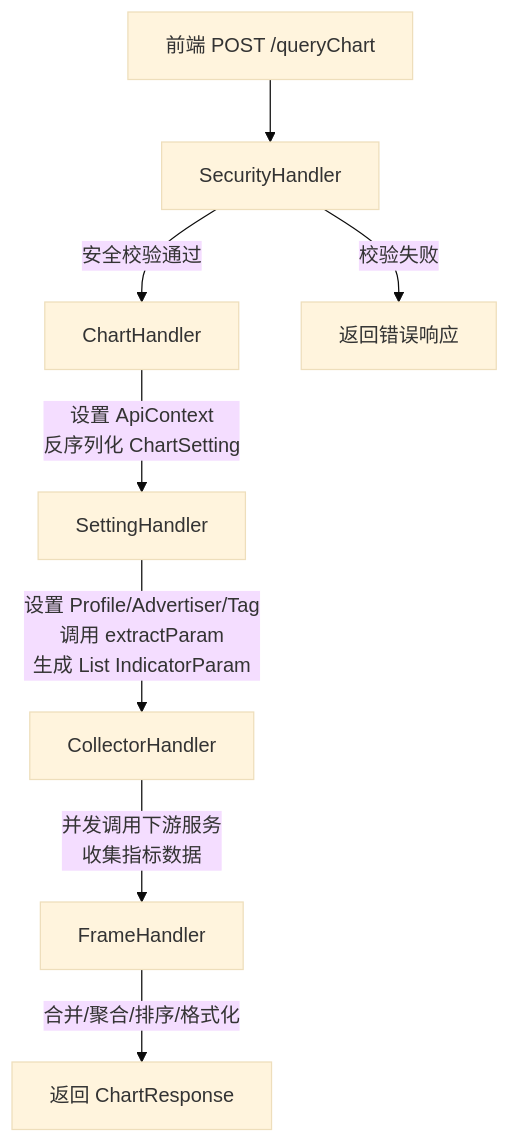
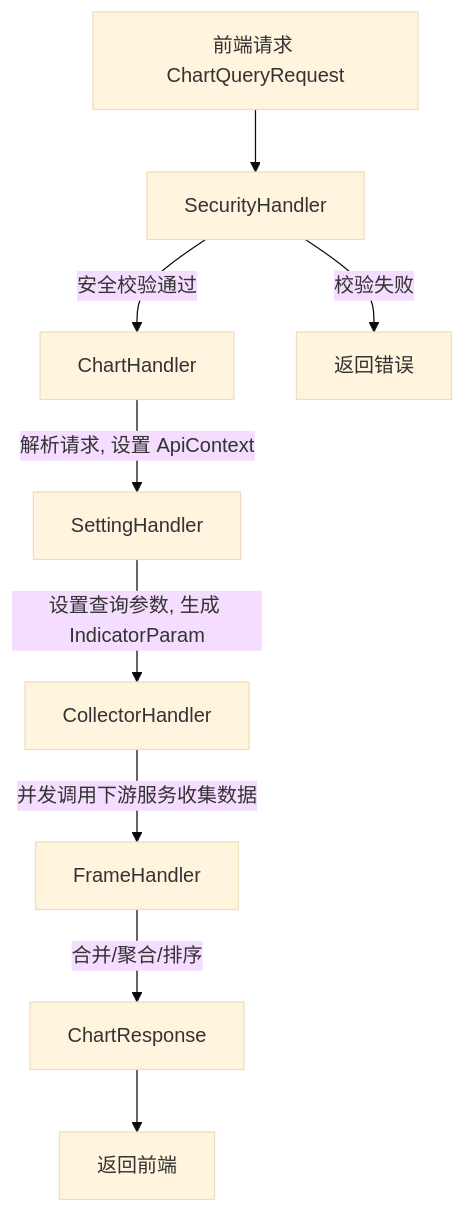
Before and after one commit to suoweiwei-pacvue/document-automation: the first of 7 diagrams in output/01-core-api.md, drawn with Mermaid (base theme). The commit also changed other lines of this file and 55 other files, not shown here.

````diff
--- a/output/01-core-api.md
+++ b/output/01-core-api.md
@@ -213,11 +301,12 @@
 ```mermaid
 flowchart TD
-    A[前端 POST /queryChart] --> B[SecurityHandler]
+    A[前端请求 ChartQueryRequest] --> B[SecurityHandler]
     B -->|安全校验通过| C[ChartHandler]
-    C -->|设置 ApiContext<br/>反序列化 ChartSetting| D[SettingHandler]
-    D -->|设置 Profile/Advertiser/Tag<br/>调用 extractParam<br/>生成 List IndicatorParam| E[CollectorHandler]
-    E -->|并发调用下游服务<br/>收集指标数据| F[FrameHandler]
-    F -->|合并/聚合/排序/格式化| G[返回 ChartResponse]
+    C -->|解析请求, 设置 ApiContext| D[SettingHandler]
+    D -->|设置查询参数, 生成 IndicatorParam| E[CollectorHandler]
+    E -->|并发调用下游服务收集数据| F[FrameHandler]
+    F -->|合并/聚合/排序| G[ChartResponse]
+    G --> H[返回前端]
     
-    B -->|校验失败| H[返回错误响应]
+    B -->|校验失败| I[返回错误]
 ```
````
